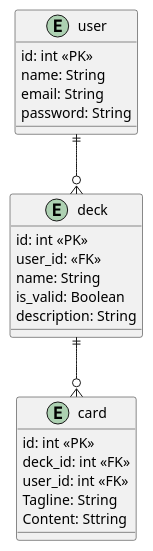
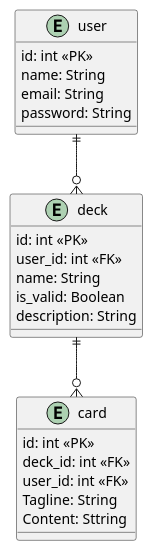
Before and after one commit to miguel2026/Guilty-as-sock-deck-generator: the diagram in Documentação/DB.plantuml, drawn with PlantUML. The commit also changed 4148 other files, not shown here.

```diff
--- a/Documentação/DB.plantuml
+++ b/Documentação/DB.plantuml
@@ -2,29 +2,29 @@
 @startuml Banco de dados
 
 entity card {
     id: int << PK >>
     deck_id: int << FK >>
     user_id: int << FK >>
     Tagline: String
     Content: Sttring
 }
 
 entity deck {
     id: int << PK >>
-    user_id: << FK >>
+    user_id: int << FK >>
     name: String
     is_valid: Boolean
     description: String
 }
 
 entity user {
     id: int << PK >>
     name: String
     email: String
     password: String
 }
 
 user ||--o{ deck
 deck ||--o{ card
 
 @enduml
```
